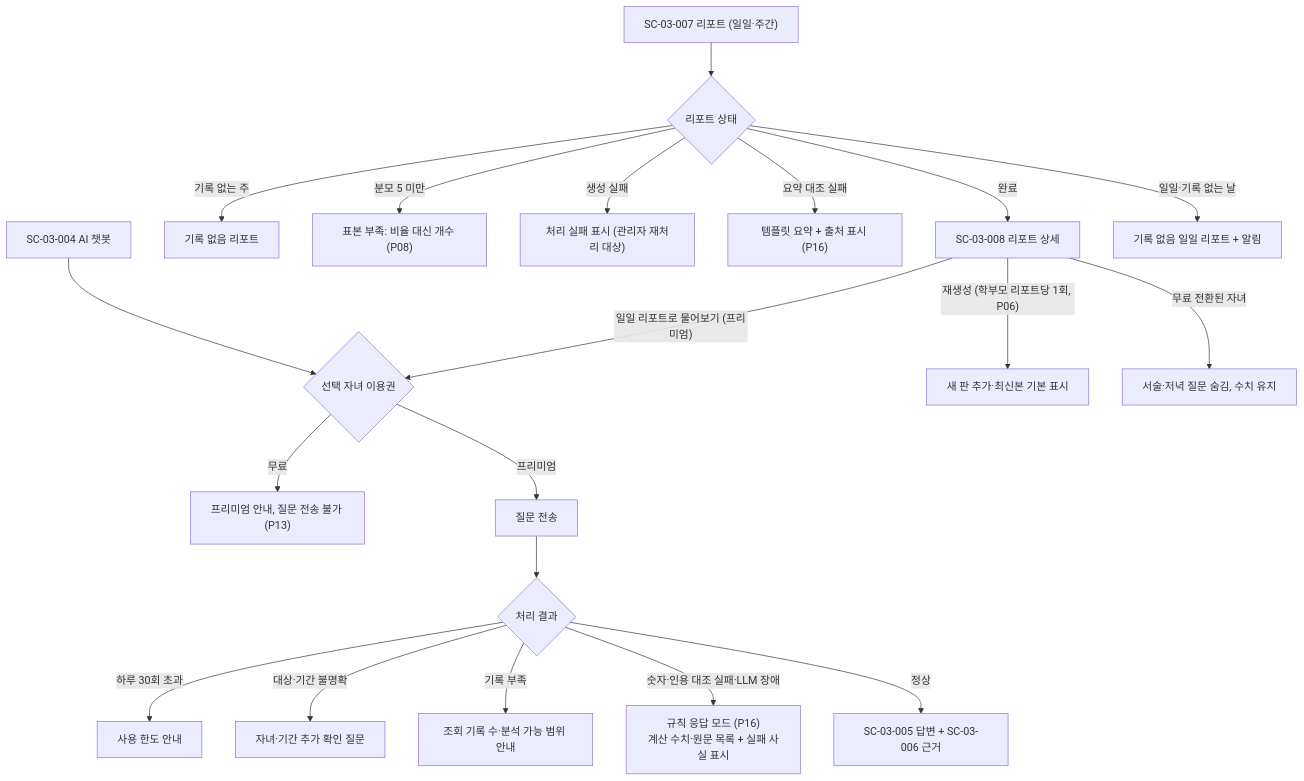
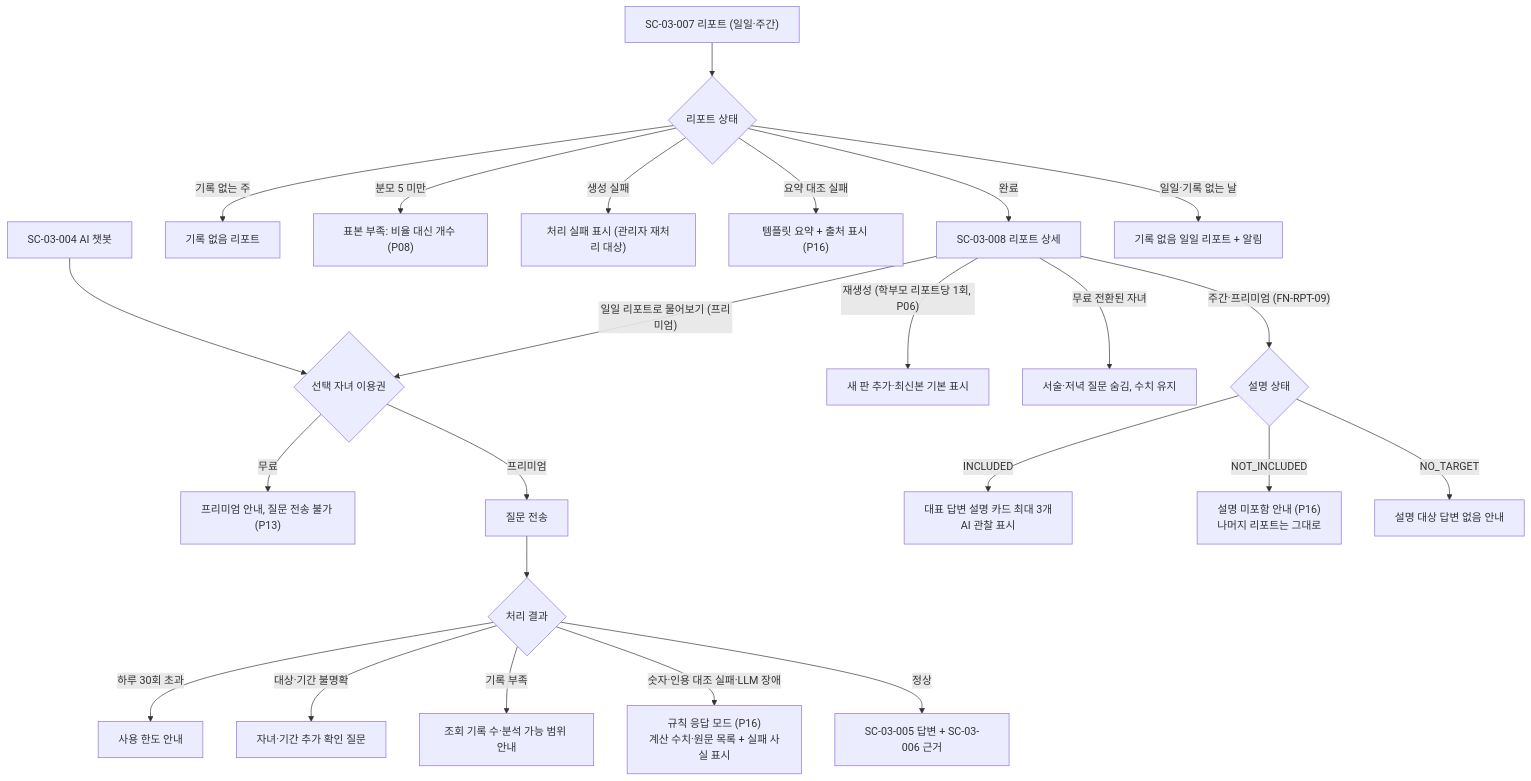
One commit to SKNETWORKS-FAMILY-AICAMP/SKN34-FINAL-3TEAM changed the eighth of 12 diagrams in docs/design/user-flow.md. Above: the diagram before and after it, drawn with Mermaid. The commit also changed 11 other files, not shown here.

````diff
--- a/docs/design/user-flow.md
+++ b/docs/design/user-flow.md
@@ -304,23 +304,27 @@
 ```mermaid
 flowchart TD
   AN["SC-03-004 AI 챗봇"] --> C{"선택 자녀 이용권"}
   C -->|"무료"| N1["프리미엄 안내, 질문 전송 불가 (P13)"]
   C -->|"프리미엄"| Q["질문 전송"]
   Q --> R{"처리 결과"}
   R -->|"하루 30회 초과"| N2["사용 한도 안내"]
   R -->|"대상·기간 불명확"| N3["자녀·기간 추가 확인 질문"]
   R -->|"기록 부족"| N4["조회 기록 수·분석 가능 범위 안내"]
   R -->|"숫자·인용 대조 실패·LLM 장애"| N5["규칙 응답 모드 (P16)<br/>계산 수치·원문 목록 + 실패 사실 표시"]
   R -->|"정상"| OK["SC-03-005 답변 + SC-03-006 근거"]
 
   RP["SC-03-007 리포트 (일일·주간)"] --> RS{"리포트 상태"}
   RS -->|"기록 없는 주"| M1["기록 없음 리포트"]
   RS -->|"분모 5 미만"| M2["표본 부족: 비율 대신 개수 (P08)"]
   RS -->|"생성 실패"| M3["처리 실패 표시 (관리자 재처리 대상)"]
   RS -->|"요약 대조 실패"| M4["템플릿 요약 + 출처 표시 (P16)"]
   RS -->|"완료"| M5["SC-03-008 리포트 상세"]
   M5 -->|"재생성 (학부모 리포트당 1회, P06)"| M6["새 판 추가·최신본 기본 표시"]
   M5 -->|"무료 전환된 자녀"| M7["서술·저녁 질문 숨김, 수치 유지"]
+  M5 -->|"주간·프리미엄 (FN-RPT-09)"| M9{"설명 상태"}
+  M9 -->|"INCLUDED"| M10["대표 답변 설명 카드 최대 3개<br/>AI 관찰 표시"]
+  M9 -->|"NOT_INCLUDED"| M11["설명 미포함 안내 (P16)<br/>나머지 리포트는 그대로"]
+  M9 -->|"NO_TARGET"| M12["설명 대상 답변 없음 안내"]
   RS -->|"일일·기록 없는 날"| M8["기록 없음 일일 리포트 + 알림"]
   M5 -->|"일일 리포트로 물어보기 (프리미엄)"| C
 ```
````
